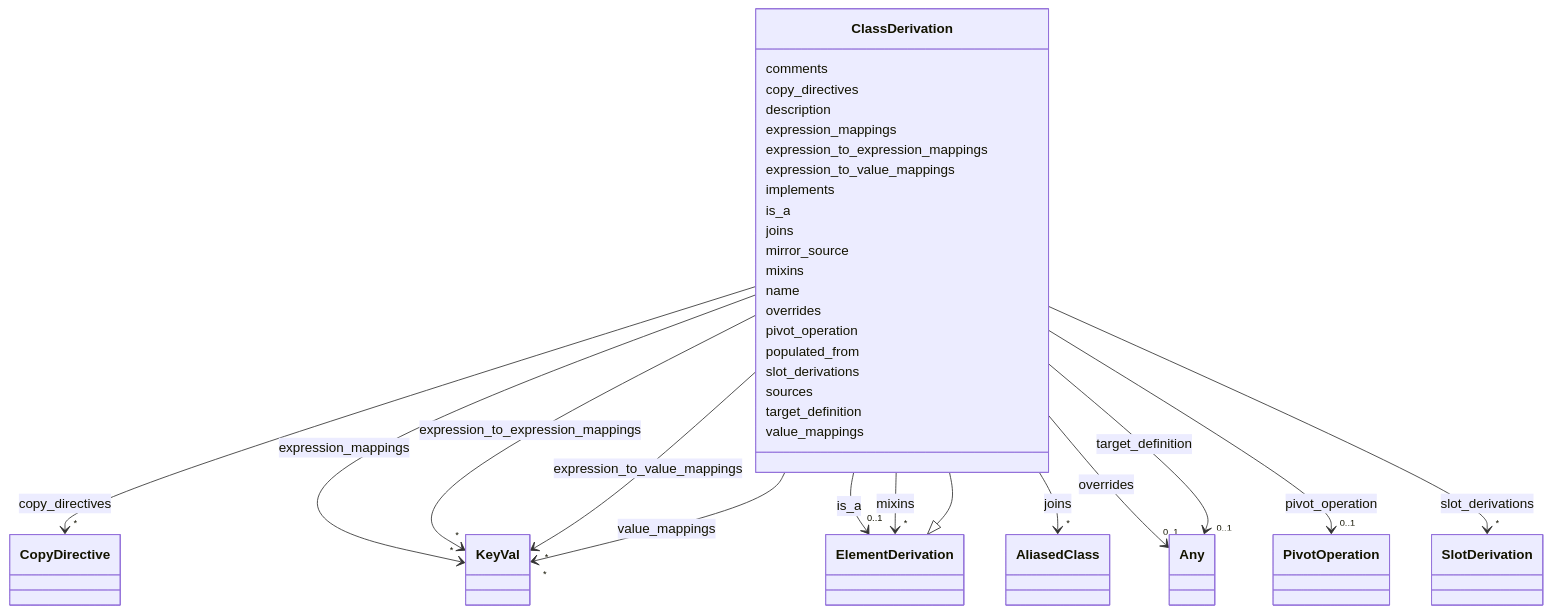
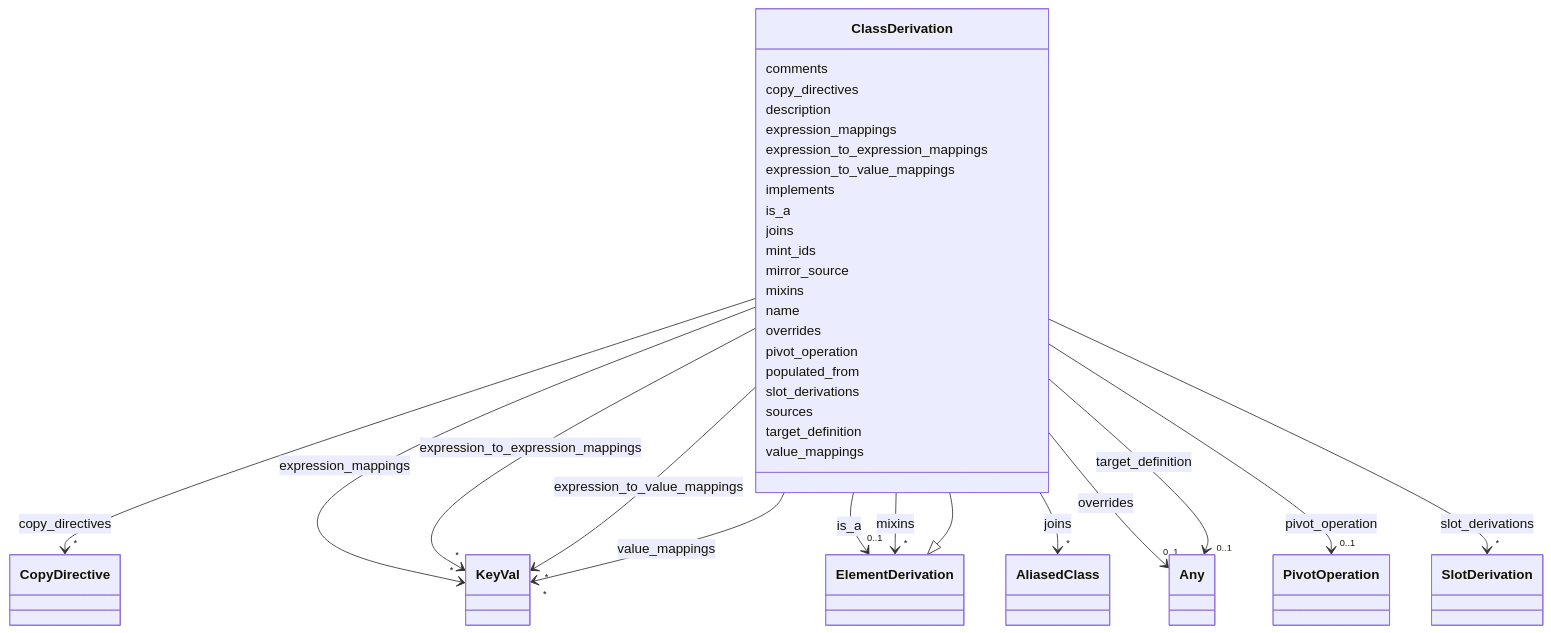
One commit to linkml/linkml-map changed the diagram in docs/schema/ClassDerivation.md. Above: the diagram before and after it, drawn with Mermaid. The commit also changed other lines of this file and 29 other files, not shown here.

```diff
--- a/docs/schema/ClassDerivation.md
+++ b/docs/schema/ClassDerivation.md
@@ -99,6 +99,8 @@
     
 
         
+      ClassDerivation : mint_ids
+        
       ClassDerivation : mirror_source
         
       ClassDerivation : mixins
```
